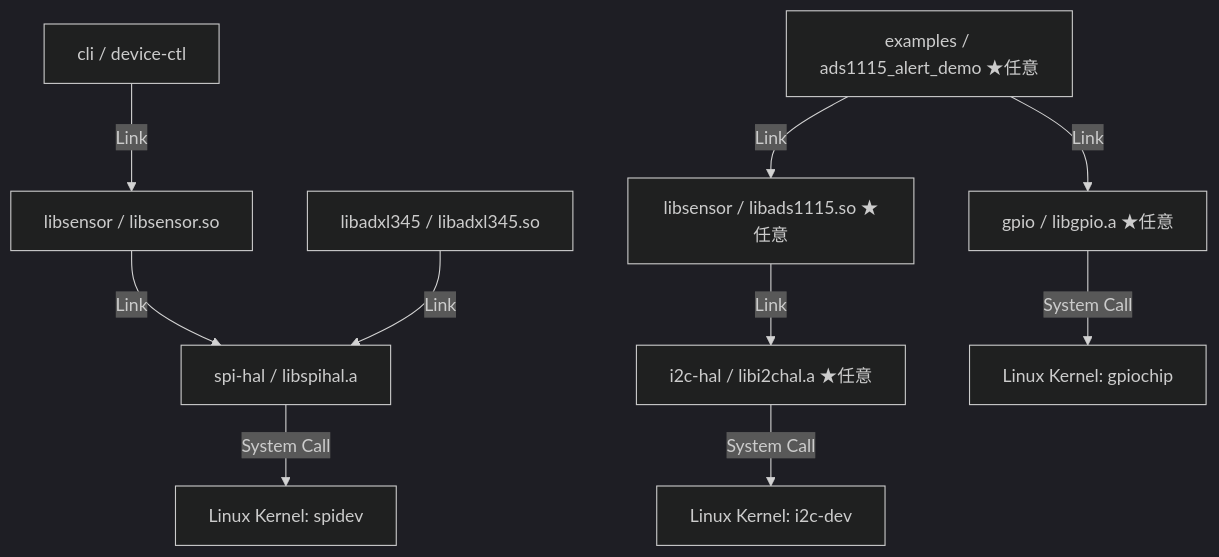
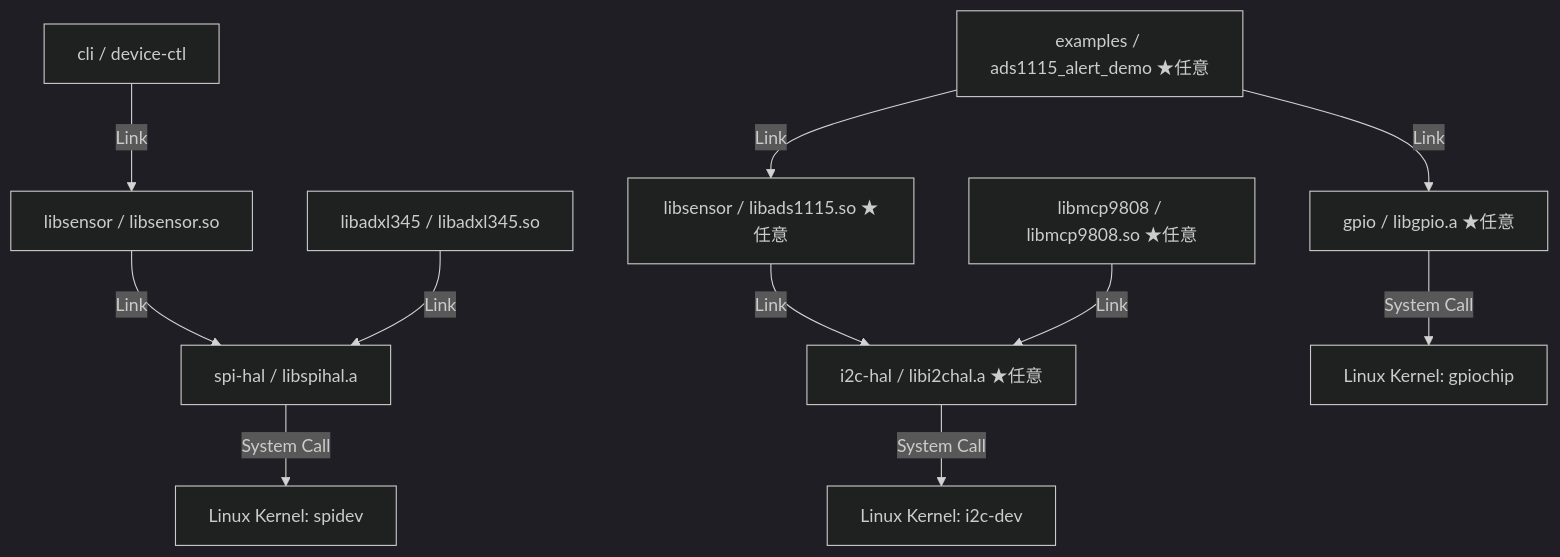
Before and after one commit to asiball/private-test-cpp-project: the first of 2 diagrams in docs/guides/tooling/build-guide.md, drawn with Mermaid (dark theme). The commit also changed other lines of this file and 7 other files, not shown here.

````diff
--- a/docs/guides/tooling/build-guide.md
+++ b/docs/guides/tooling/build-guide.md
@@ -15,12 +15,13 @@
 ```mermaid
 graph TD
     CLI["cli / device-ctl"] -->|Link| LS["libsensor / libsensor.so"]
     DEMO["examples / ads1115_alert_demo ★任意"] -->|Link| ADS["libsensor / libads1115.so ★任意"]
     DEMO -->|Link| GP["gpio / libgpio.a ★任意"]
     LS -->|Link| SH["spi-hal / libspihal.a"]
     ADX["libadxl345 / libadxl345.so"] -->|Link| SH
     ADS -->|Link| I2C["i2c-hal / libi2chal.a ★任意"]
+    MCP["libmcp9808 / libmcp9808.so ★任意"] -->|Link| I2C
     SH -->|System Call| KSPI["Linux Kernel: spidev"]
     I2C -->|System Call| KI2C["Linux Kernel: i2c-dev"]
     GP -->|System Call| KGP["Linux Kernel: gpiochip"]
 ```
````
